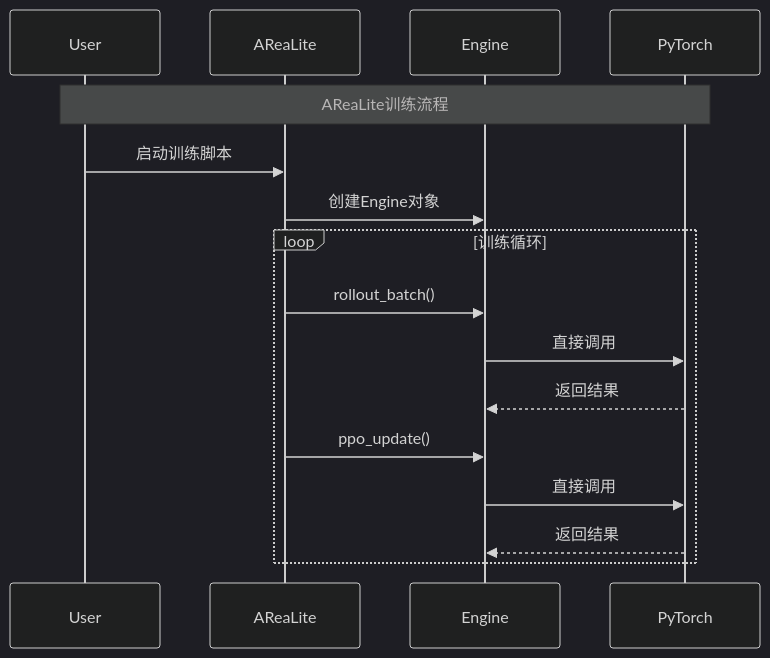
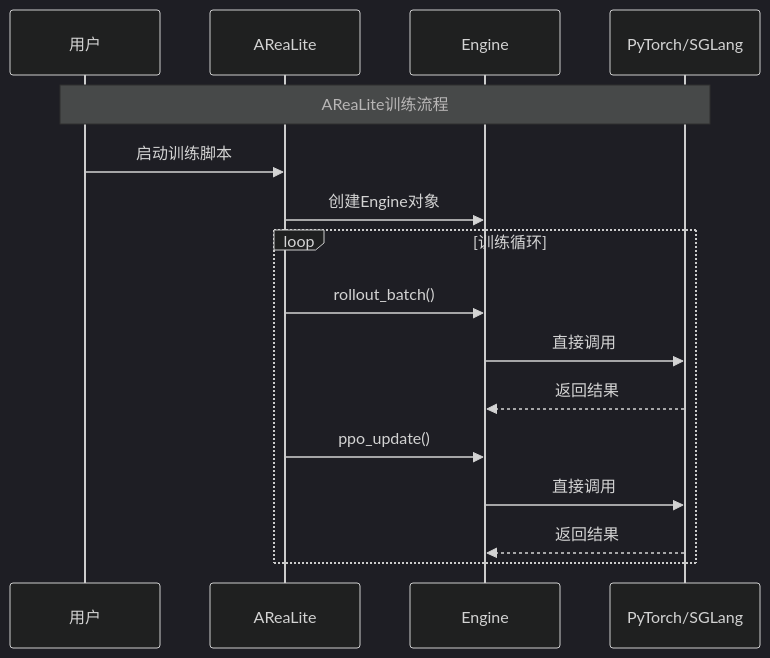
Before and after one commit to zhshgmail/AReaL: the seventh of 11 diagrams in docs/architecture/architecture_diagrams.md, drawn with Mermaid (dark theme). The commit also changed other lines of this file and 4 other files, not shown here.

Commit message:
update archtecrture diagram

````diff
--- a/docs/architecture/architecture_diagrams.md
+++ b/docs/architecture/architecture_diagrams.md
@@ -70,19 +277,19 @@
 ```mermaid
 sequenceDiagram
-    participant U as User
+    participant U as 用户
     participant AL as AReaLite
     participant E as Engine
-    participant PT as PyTorch
+    participant PT as PyTorch/SGLang
     
     Note over U,PT: AReaLite训练流程
     U->>AL: 启动训练脚本
     AL->>E: 创建Engine对象
     loop 训练循环
         AL->>E: rollout_batch()
         E->>PT: 直接调用
         PT-->>E: 返回结果
         AL->>E: ppo_update()
         E->>PT: 直接调用
         PT-->>E: 返回结果
     end
 ```
````
